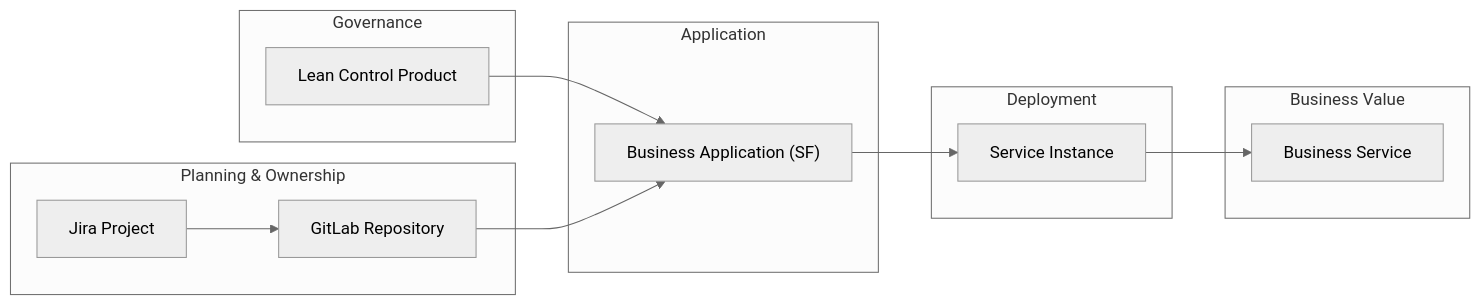
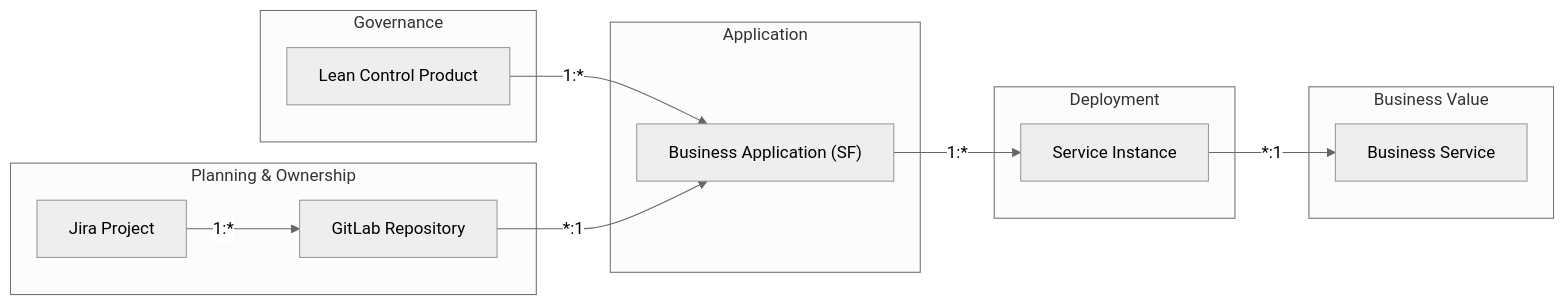
One commit to kingfadzi/lct_data changed the diagram in model_flow.mmd. Above: the diagram before and after it, drawn with Mermaid (neutral theme).

Commit message:
init commit

```diff
--- a/model_flow.mmd
+++ b/model_flow.mmd
@@ -1,27 +1,27 @@
 flowchart LR
     subgraph Governance["Governance"]
         LCP["Lean Control Product"]
     end
 
     subgraph Planning["Planning & Ownership"]
         Jira["Jira Project"]
         Git["GitLab Repository"]
     end
 
     subgraph Development["Application"]
         BA["Business Application (SF)"]
     end
 
     subgraph Deployment["Deployment"]
         SI["Service Instance"]
     end
 
     subgraph Value["Business Value"]
         BS["Business Service"]
     end
 
-    LCP --> BA
-    Git --> BA
-    Jira --> Git
-    BA --> SI
-    SI --> BS
+    LCP -- "1:*" --> BA
+    Git -- "*:1" --> BA
+    Jira -- "1:*" --> Git
+    BA -- "1:*" --> SI
+    SI -- "*:1" --> BS
```
